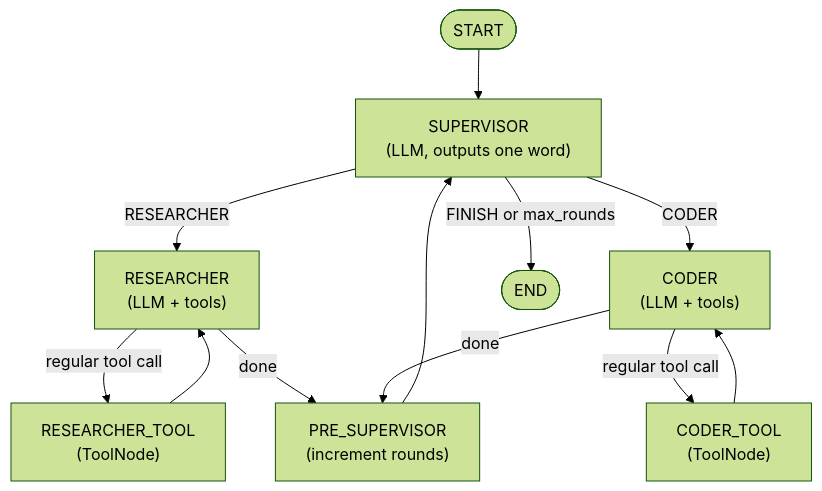
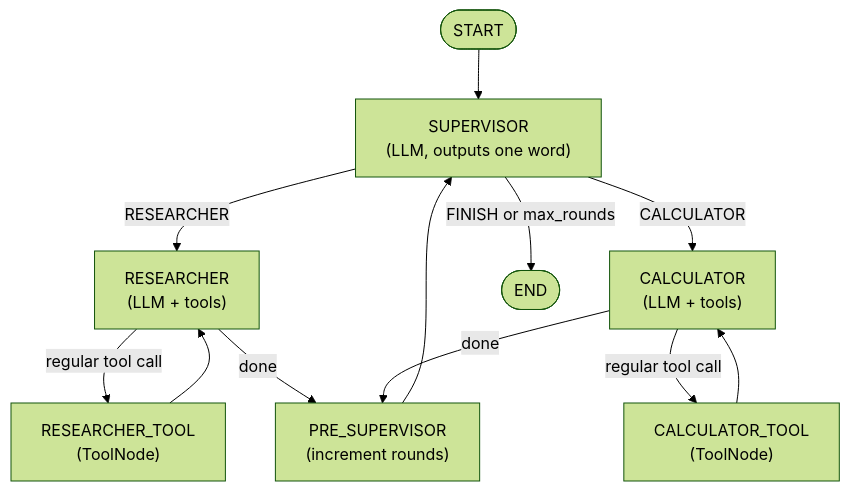
Before and after one commit to 10xGraph/10xgraph-docs: the diagram in src/content/docs/guides/prebuilt/supervisor-team-agent.md, drawn with Mermaid (forest theme). The commit also changed other lines of this file and 64 other files, not shown here.

````diff
--- a/src/content/docs/guides/prebuilt/supervisor-team-agent.md
+++ b/src/content/docs/guides/prebuilt/supervisor-team-agent.md
@@ -53,26 +38,26 @@
 ```mermaid
 flowchart TD
     START([START]) --> SUPERVISOR
 
     SUPERVISOR["SUPERVISOR\n(LLM, outputs one word)"]
     PRE_SUPERVISOR["PRE_SUPERVISOR\n(increment rounds)"]
     RESEARCHER["RESEARCHER\n(LLM + tools)"]
     RESEARCHER_TOOL["RESEARCHER_TOOL\n(ToolNode)"]
-    CODER["CODER\n(LLM + tools)"]
-    CODER_TOOL["CODER_TOOL\n(ToolNode)"]
+    CALCULATOR["CALCULATOR\n(LLM + tools)"]
+    CALCULATOR_TOOL["CALCULATOR_TOOL\n(ToolNode)"]
     END_NODE([END])
 
     SUPERVISOR -- "RESEARCHER" --> RESEARCHER
-    SUPERVISOR -- "CODER" --> CODER
+    SUPERVISOR -- "CALCULATOR" --> CALCULATOR
     SUPERVISOR -- "FINISH or max_rounds" --> END_NODE
 
     RESEARCHER -- "regular tool call" --> RESEARCHER_TOOL
     RESEARCHER -- "done" --> PRE_SUPERVISOR
     RESEARCHER_TOOL --> RESEARCHER
 
-    CODER -- "regular tool call" --> CODER_TOOL
-    CODER -- "done" --> PRE_SUPERVISOR
-    CODER_TOOL --> CODER
+    CALCULATOR -- "regular tool call" --> CALCULATOR_TOOL
+    CALCULATOR -- "done" --> PRE_SUPERVISOR
+    CALCULATOR_TOOL --> CALCULATOR
 
     PRE_SUPERVISOR --> SUPERVISOR
 ```
````
